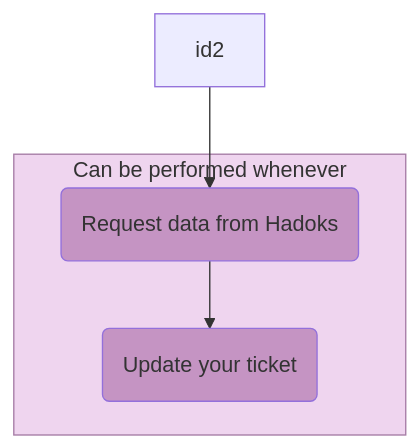
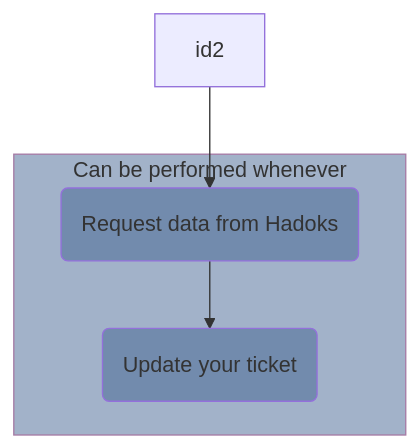
Before and after one commit to elan-dcc/elan-dcc.github.io: the diagram in charts/flowchart/hadoks.mmd, drawn with Mermaid. The commit also changed 83 other files, not shown here.

```diff
--- a/charts/flowchart/hadoks.mmd
+++ b/charts/flowchart/hadoks.mmd
@@ -1,12 +1,12 @@
 flowchart TD
 subgraph external [Can be performed whenever]
     idF1(Request data from Hadoks) --> idF2(Update your ticket)
 end
 
 id2 --> idF1
 
-style idF1 fill:#c594c3
-style idF2 fill:#c594c3
-style external fill:#efd5ef, stroke:#a57ca5
+style idF1 fill:#728bad
+style idF2 fill:#728bad
+style external fill:#a2b2c9, stroke:#a57ca5
 click idF1 "https://elan-dcc.github.io/researchers/hadoks" "hadoks" _blank
 click idF2 "https://elanresearch.nl" "ELAN research" _blank
```
